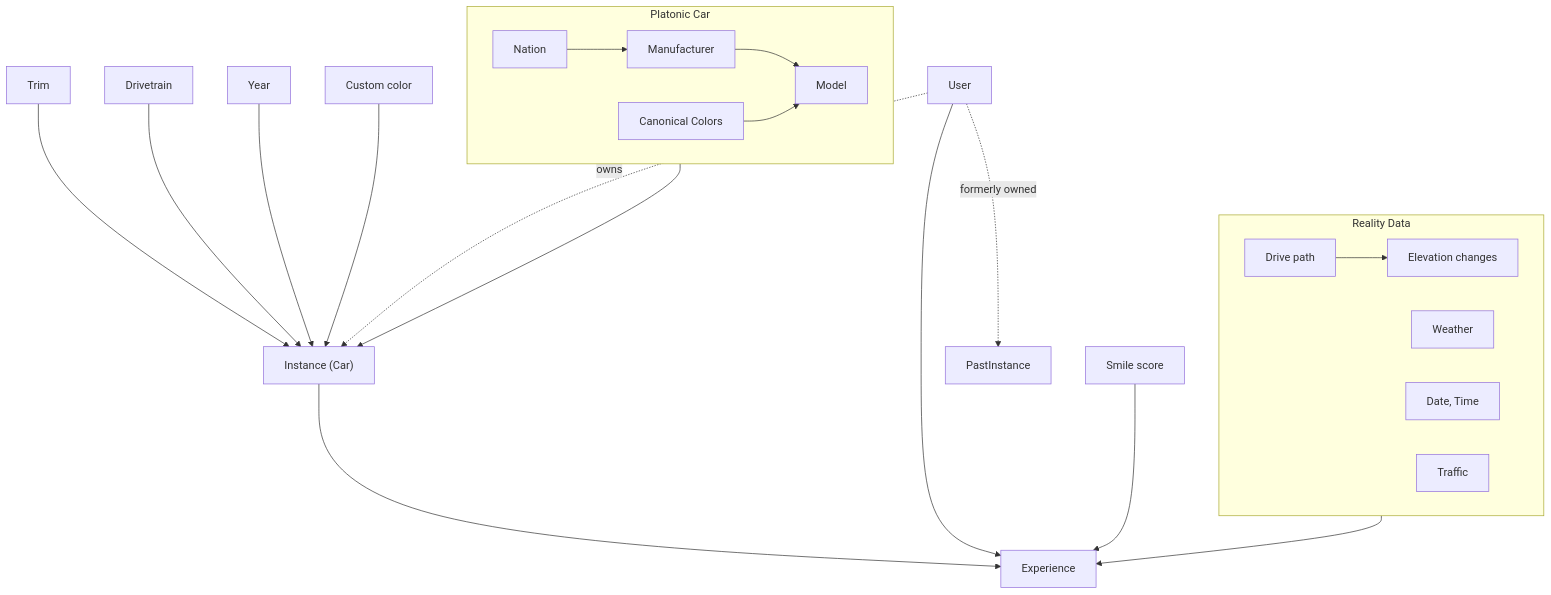
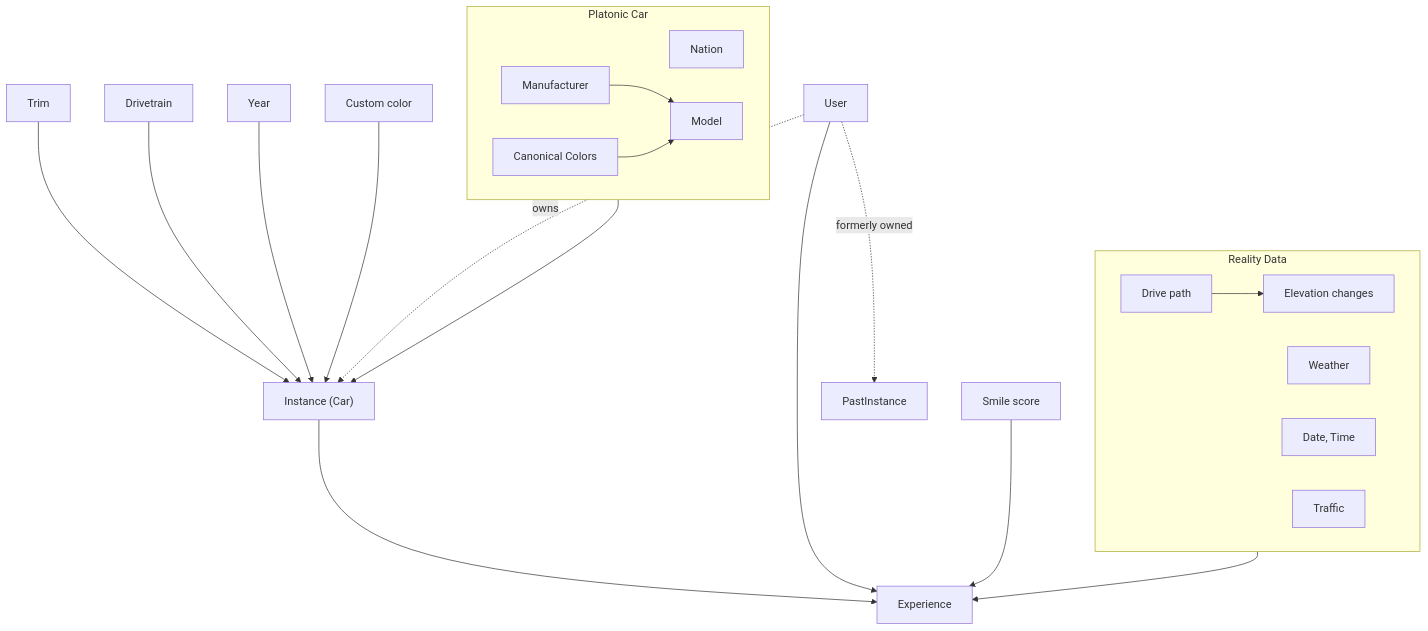
The diagram in docs/product.md (UUeird/dyno), drawn with Mermaid before and after one commit.

Commit message:
Remove Nation to Manufacturer link in product flow chart
Nation stays inside Platonic Car but no longer feeds Manufacturer.

````diff
--- a/docs/product.md
+++ b/docs/product.md
@@ -7,24 +7,25 @@
 ```mermaid
 flowchart TD
     subgraph PlatonicCar["Platonic Car"]
-        Nation --> Manufacturer --> Model
+        Nation
+        Manufacturer --> Model
         CanonicalColors["Canonical Colors"] --> Model
     end
     PlatonicCar --> Instance["Instance (Car)"] --> Experience
     Trim --> Instance
     Drivetrain --> Instance
     Year --> Instance
     User --> Experience
     CustomColor["Custom color"] --> Instance
     User -. owns .-> Instance
     User -. formerly owned .-> PastInstance
     SmileScore["Smile score"] --> Experience
 
     subgraph RealityData["Reality Data"]
         DrivePath["Drive path"] --> Elevation["Elevation changes"]
         Weather
         DateTime["Date, Time"]
         Traffic
     end
     RealityData --> Experience
 ```
````
